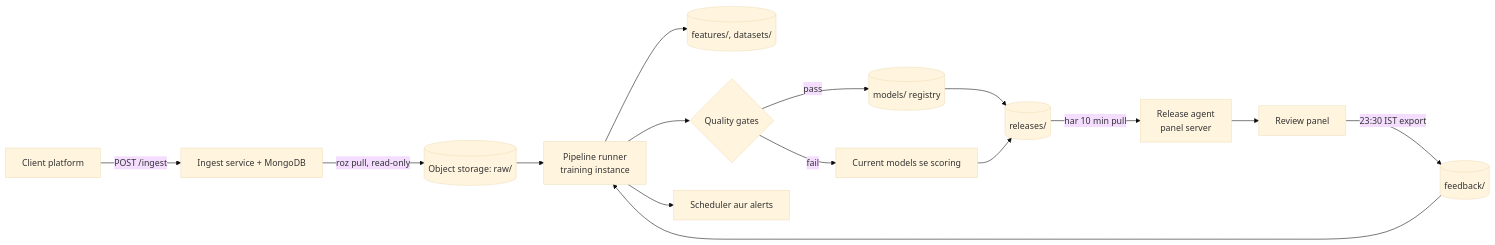
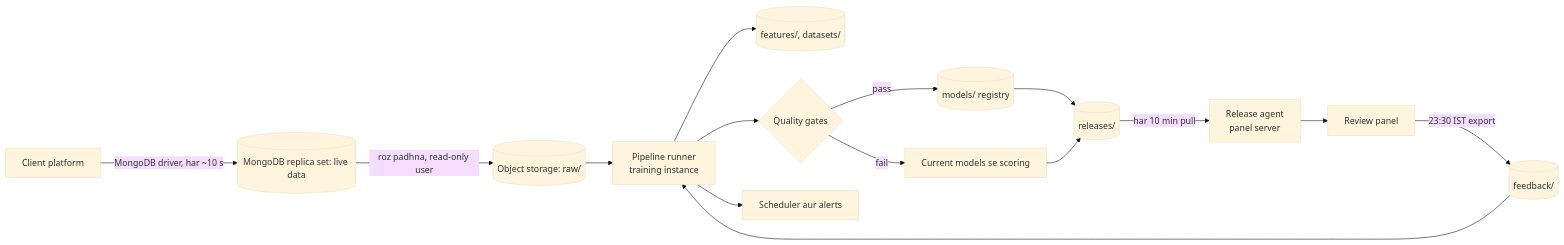
One commit to MiraiGateTechnologies/fraud_detection changed the first of 3 diagrams in documents/Continuous_Learning_aur_Retraining_Design.md. Above: the diagram before and after it, drawn with Mermaid (base theme). The commit also changed other lines of this file and 17 other files, not shown here.

````diff
--- a/documents/Continuous_Learning_aur_Retraining_Design.md
+++ b/documents/Continuous_Learning_aur_Retraining_Design.md
@@ -101,17 +101,17 @@
 ```mermaid
 flowchart LR
-    P[Client platform] -->|POST /ingest| I[Ingest service + MongoDB]
-    I -->|roz pull, read-only| R[(Object storage: raw/)]
+    P[Client platform] -->|MongoDB driver, har ~10 s| I[(MongoDB replica set: live data)]
+    I -->|roz padhna, read-only user| R[(Object storage: raw/)]
     PN[Review panel] -->|23:30 IST export| FB[(feedback/)]
     R --> RUN[Pipeline runner<br/>training instance]
     FB --> RUN
     RUN --> FT[(features/, datasets/)]
     RUN --> G{Quality gates}
     G -->|pass| REG[(models/ registry)]
     G -->|fail| CUR[Current models se scoring]
     REG --> REL[(releases/)]
     CUR --> REL
     REL -->|har 10 min pull| AG[Release agent<br/>panel server]
     AG --> PN
     RUN --> AL[Scheduler aur alerts]
 ```
````
